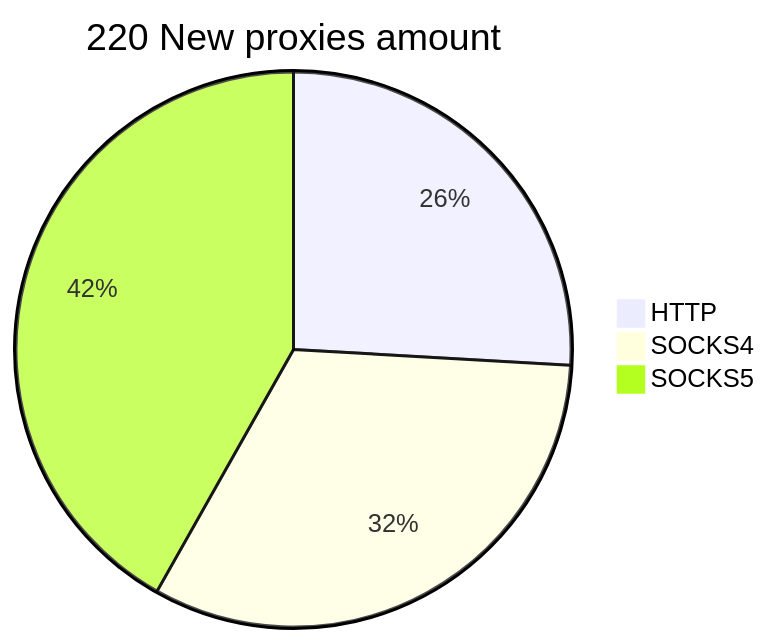
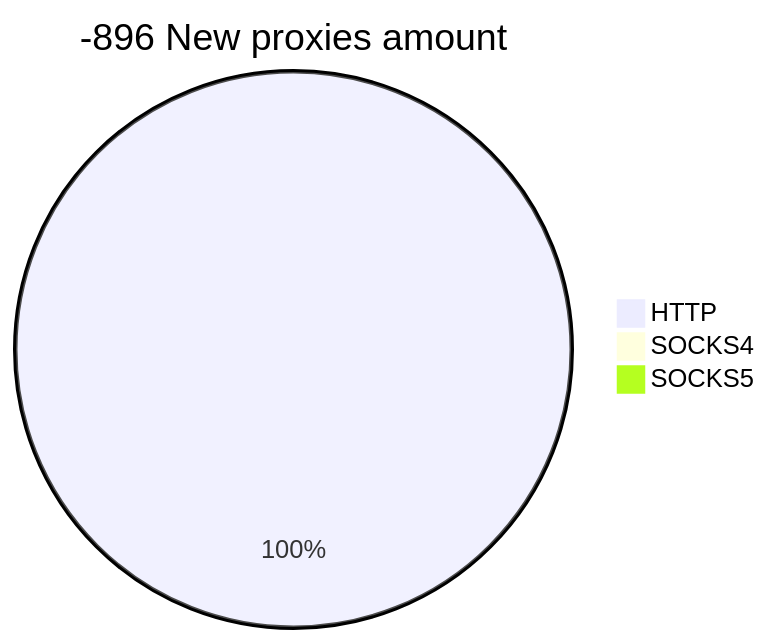
The second of 2 diagrams in README.md (cutipu/proxylist), drawn with Mermaid before and after one commit. The commit also changed other lines of this file, not shown here.

````diff
--- a/README.md
+++ b/README.md
@@ -10,6 +10,6 @@
 ```mermaid
-pie title 220 New proxies amount
-    "HTTP" : 57
-    "SOCKS4" : 71
-    "SOCKS5" : 92
+pie title -896 New proxies amount
+    "HTTP" : 5
+    "SOCKS4" : 0
+    "SOCKS5" : 0
 ```
````
